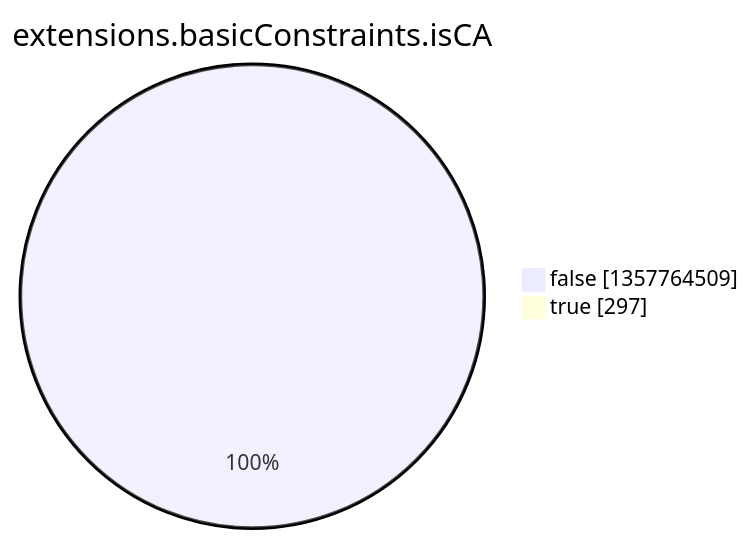
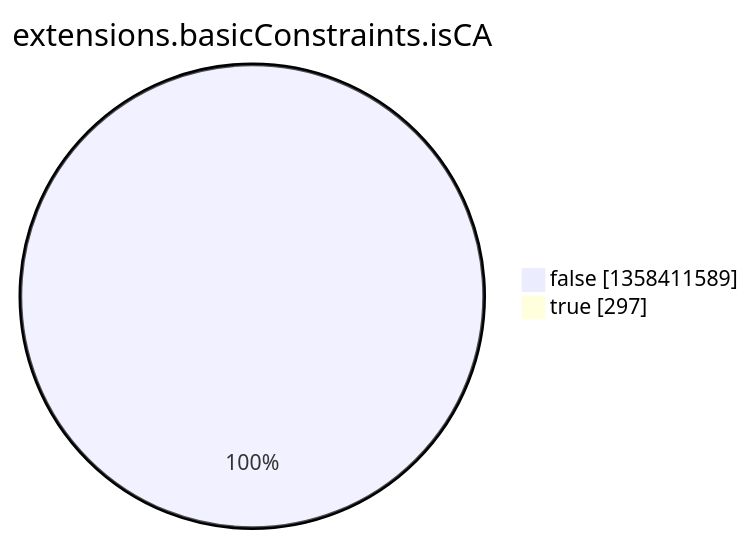
The eighth of 15 diagrams in argon2022/README.md (christiankrug/ctmonitor_visualization), drawn with Mermaid before and after one commit. The commit also changed other lines of this file, not shown here.

````diff
--- a/argon2022/README.md
+++ b/argon2022/README.md
@@ -2758,6 +2758,6 @@
 ```mermaid
 pie showData
 title extensions.basicConstraints.isCA
-"false" :1357764509
+"false" :1358411589
 "true" :297
 ```
````
